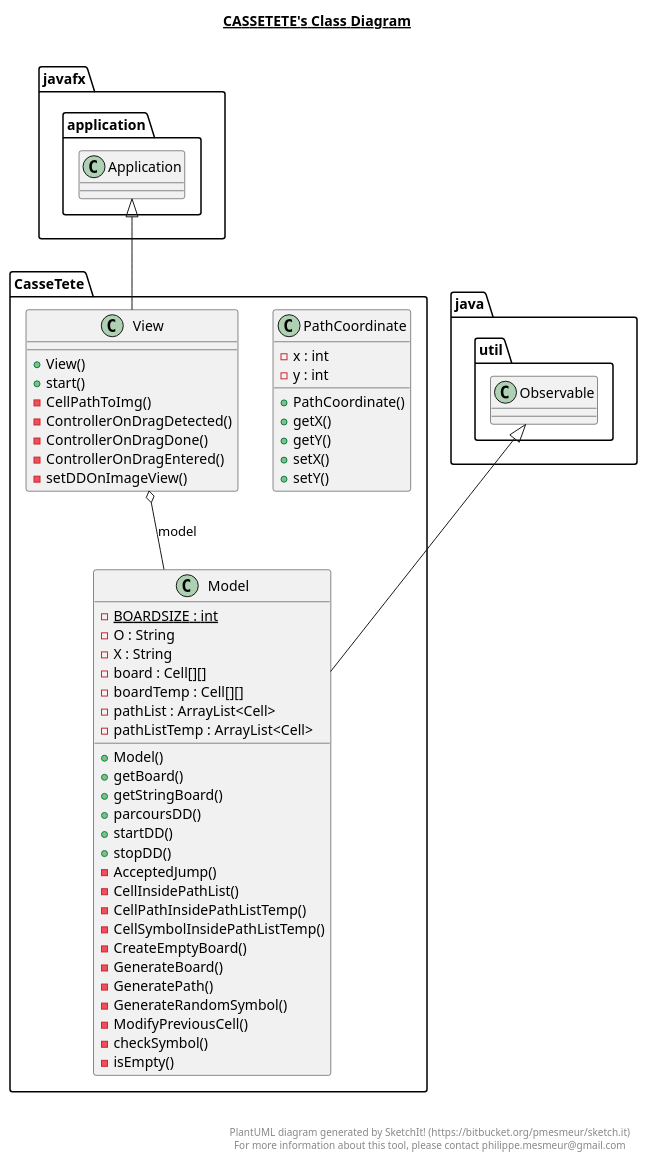
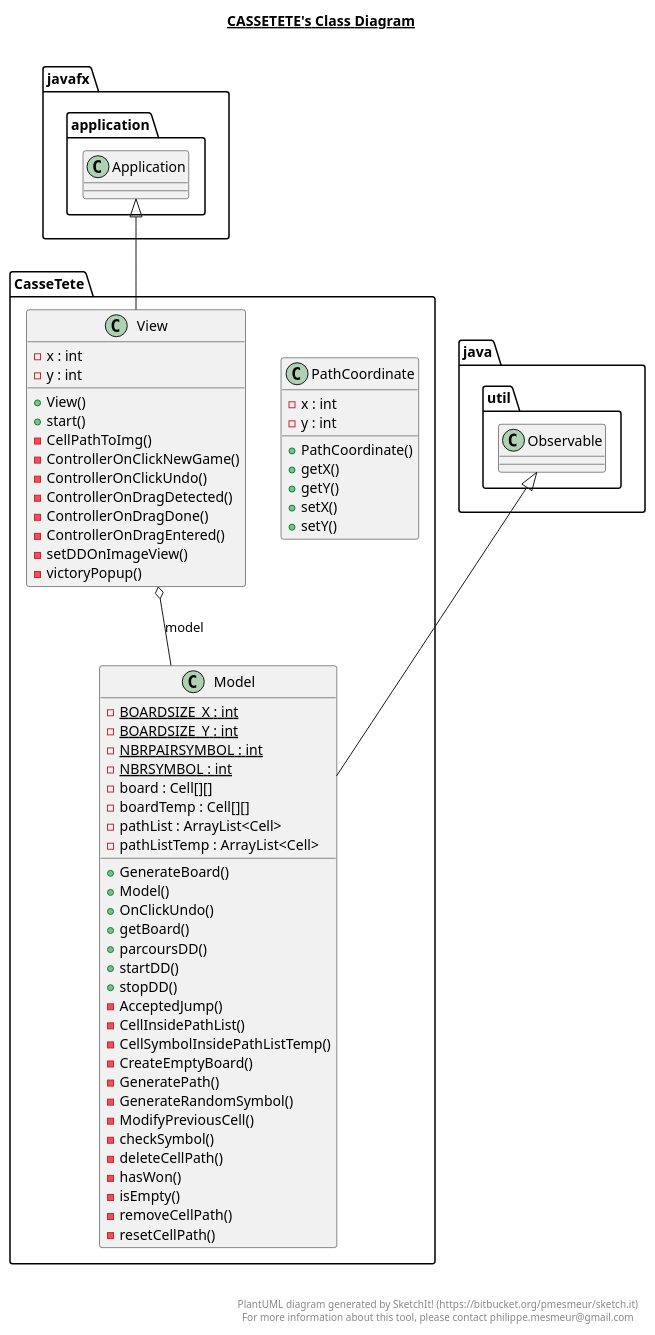
Before and after one commit to Mex21/CasseTete: the diagram in src/CasseTete/CasseTete.plantuml, drawn with PlantUML. The commit also changed 6 other files, not shown here.

```diff
--- a/src/CasseTete/CasseTete.plantuml
+++ b/src/CasseTete/CasseTete.plantuml
@@ -1,73 +1,82 @@
 @startuml
 
 title __CASSETETE's Class Diagram__\n
 
   namespace CasseTete {
     class CasseTete.Model {
-        {static} - BOARDSIZE : int
-        - O : String
-        - X : String
+        {static} - BOARDSIZE_X : int
+        {static} - BOARDSIZE_Y : int
+        {static} - NBRPAIRSYMBOL : int
+        {static} - NBRSYMBOL : int
         - board : Cell[][]
         - boardTemp : Cell[][]
         - pathList : ArrayList<Cell>
         - pathListTemp : ArrayList<Cell>
+        + GenerateBoard()
         + Model()
+        + OnClickUndo()
         + getBoard()
-        + getStringBoard()
         + parcoursDD()
         + startDD()
         + stopDD()
         - AcceptedJump()
         - CellInsidePathList()
-        - CellPathInsidePathListTemp()
         - CellSymbolInsidePathListTemp()
         - CreateEmptyBoard()
-        - GenerateBoard()
         - GeneratePath()
         - GenerateRandomSymbol()
         - ModifyPreviousCell()
         - checkSymbol()
+        - deleteCellPath()
+        - hasWon()
         - isEmpty()
+        - removeCellPath()
+        - resetCellPath()
     }
   }
   
 
   namespace CasseTete {
     class CasseTete.PathCoordinate {
         - x : int
         - y : int
         + PathCoordinate()
         + getX()
         + getY()
         + setX()
         + setY()
     }
   }
   
 
   namespace CasseTete {
     class CasseTete.View {
+        - x : int
+        - y : int
         + View()
         + start()
         - CellPathToImg()
+        - ControllerOnClickNewGame()
+        - ControllerOnClickUndo()
         - ControllerOnDragDetected()
         - ControllerOnDragDone()
         - ControllerOnDragEntered()
         - setDDOnImageView()
+        - victoryPopup()
     }
   }
   
 
   CasseTete.Model -up-|> java.util.Observable
   CasseTete.View -up-|> javafx.application.Application
   CasseTete.View o-- CasseTete.Model : model
 
 
 right footer
 
 
 PlantUML diagram generated by SketchIt! (https://bitbucket.org/pmesmeur/sketch.it)
 For more information about this tool, please contact philippe.mesmeur@gmail.com
 endfooter
 
 @enduml
```
